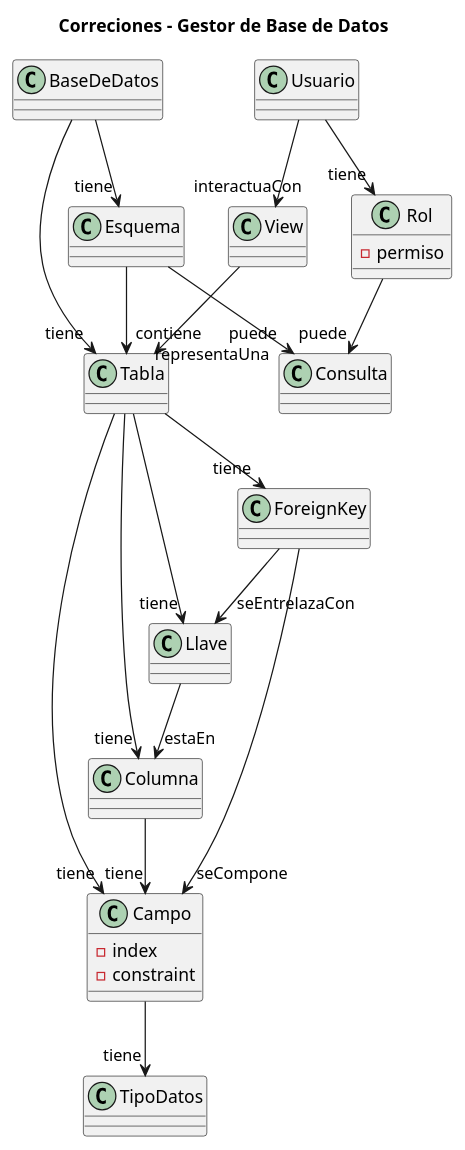
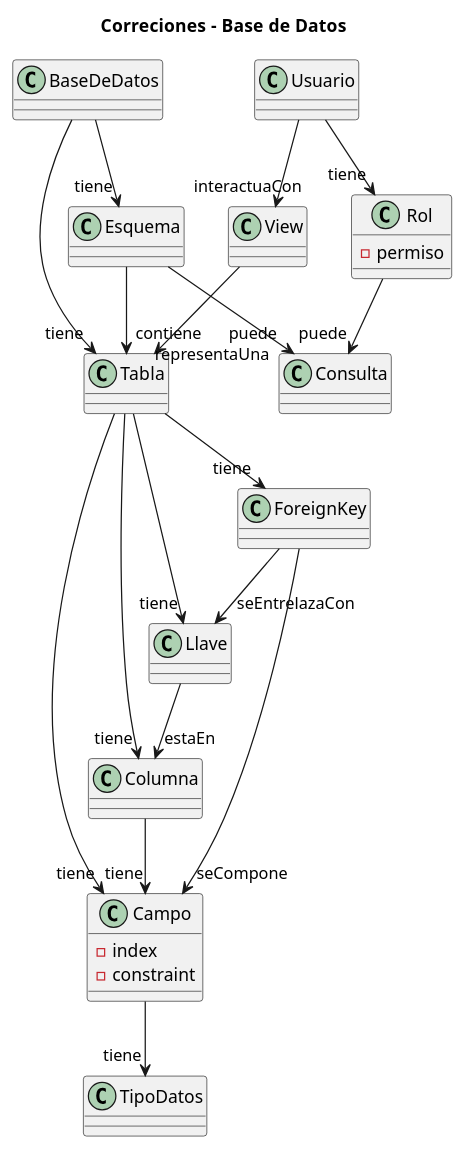
The diagram in entregas/chaoVivian/modelosUML/diagramadeClases/correcionesGestorBD.puml (VivianChaoPeraza/25-26-IDSW1), drawn with PlantUML before and after one commit.

Commit message:
Correciones de base de datos

```diff
--- a/entregas/chaoVivian/modelosUML/diagramadeClases/correcionesGestorBD.puml
+++ b/entregas/chaoVivian/modelosUML/diagramadeClases/correcionesGestorBD.puml
@@ -1,86 +1,86 @@
 @startuml
-title Correciones - Gestor de Base de Datos
+title Correciones -  Base de Datos
 
 class BaseDeDatos {
   
 }
 
 class Esquema {
 
 }
 
 class Tabla {
  
 }
 
 class Columna {
 
 }
 
 class Campo {
  -index
  -constraint
 }
 
 
 class Llave {
 
 }
 
 class ForeignKey {
   
 }
 
 
 
 class Usuario {
   
 }
 
 class Rol {
  - permiso
   
 }
 
 
 class View {
 
 }
 
 class Consulta {
 
 }
 
 class TipoDatos {
 
 }
 
 
 BaseDeDatos  --> "tiene" Esquema
 BaseDeDatos  --> "tiene" Tabla
 Esquema  --> "contiene" Tabla
 Esquema  --> "puede" Consulta
 
 Tabla  --> "tiene" Columna
 Tabla  --> "tiene" Llave
 Tabla  --> "tiene" ForeignKey
 Tabla  --> "tiene" Campo
 
 Llave  --> "estaEn" Columna
 ForeignKey --> "seEntrelazaCon" Llave
 ForeignKey --> "seCompone" Campo
 
 Columna  --> "tiene" Campo
 Campo  --> "tiene" TipoDatos
 
 
 
 Usuario  --> "tiene" Rol
 Usuario  --> "interactuaCon" View
 
 
 Rol  --> "puede" Consulta
 View --> "representaUna" Tabla
 
 
 @enduml
```
